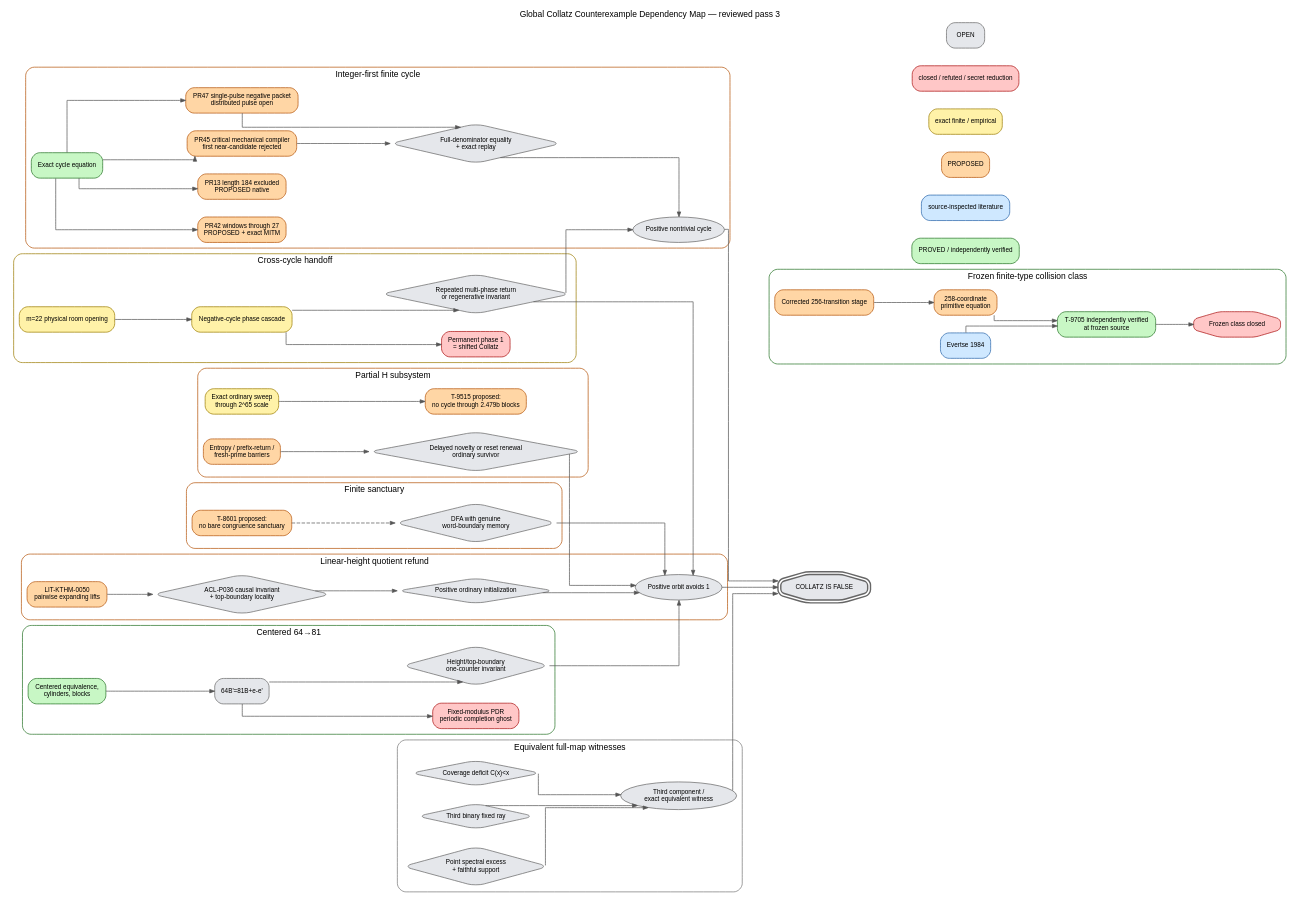
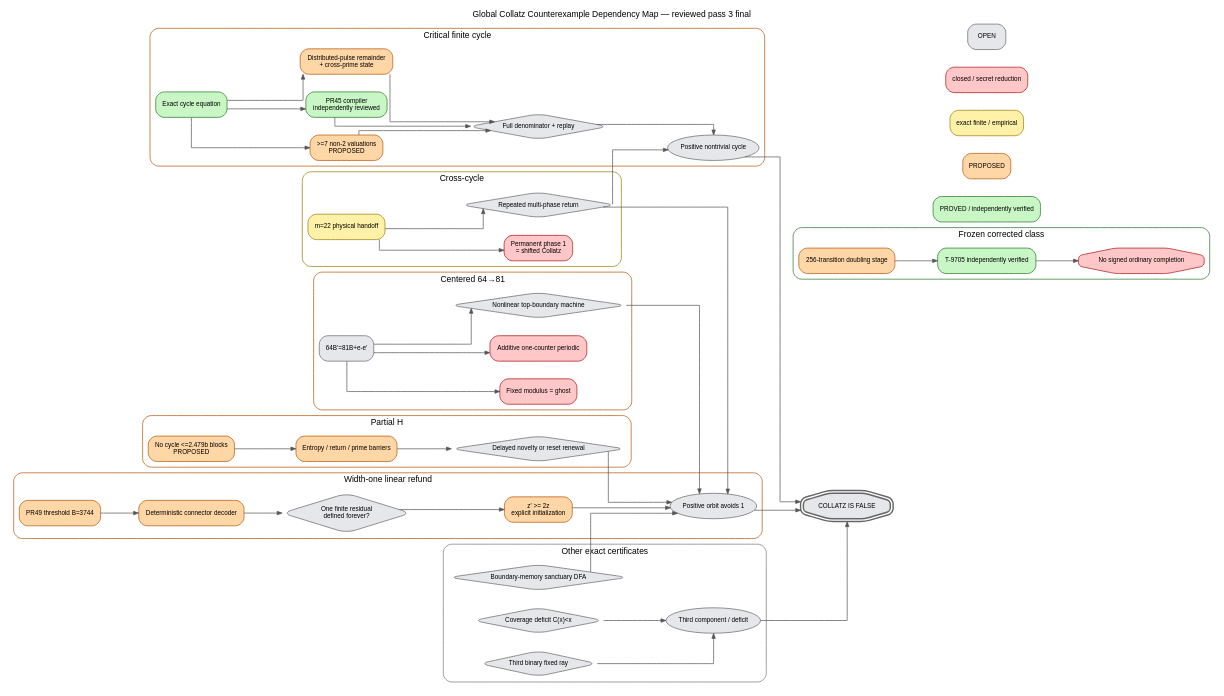
One commit to GettysburgResearch/collatz changed the diagram in docs/global-counterexample-map.dot. Above: the diagram before and after it, drawn with Graphviz.

Commit message:
docs: refresh Graphviz map with PR49 decoder

```diff
--- a/docs/global-counterexample-map.dot
+++ b/docs/global-counterexample-map.dot
@@ -1,108 +1,81 @@
 digraph CollatzMap {
   graph [rankdir=LR, bgcolor="white", fontname="Arial", fontsize=12, labelloc="t",
-         label="Global Collatz Counterexample Dependency Map — reviewed pass 3",
+         label="Global Collatz Counterexample Dependency Map — reviewed pass 3 final",
          nodesep=0.35, ranksep=0.75, compound=true, splines=ortho];
   node [shape=box, style="rounded,filled", fontname="Arial", fontsize=9, margin="0.11,0.06",
         color="#666666", fillcolor="#e5e7eb"];
   edge [fontname="Arial", fontsize=8, color="#555555", arrowsize=0.7];
 
   false [label="COLLATZ IS FALSE", shape=doubleoctagon, penwidth=2];
   cycle [label="Positive nontrivial cycle", shape=oval];
   div [label="Positive orbit avoids 1", shape=oval];
-  third [label="Third component /\nexact equivalent witness", shape=oval];
-  cycle -> false;
-  div -> false;
-  third -> false;
+  third [label="Third component / deficit", shape=oval];
+  cycle -> false; div -> false; third -> false;
 
   subgraph cluster_cycle {
-    label="Integer-first finite cycle"; color="#b45309"; style="rounded";
+    label="Critical finite cycle"; color="#b45309"; style="rounded";
     ceq [label="Exact cycle equation", fillcolor="#c8f7c5", color="#267326"];
-    w27 [label="PR42 windows through 27\nPROPOSED + exact MITM", fillcolor="#ffd6a5", color="#b45309"];
-    k184 [label="PR13 length 184 excluded\nPROPOSED native", fillcolor="#ffd6a5", color="#b45309"];
-    crit [label="PR45 critical mechanical compiler\nfirst near-candidate rejected", fillcolor="#ffd6a5", color="#b45309"];
-    pulse [label="PR47 single-pulse negative packet\ndistributed pulse open", fillcolor="#ffd6a5", color="#b45309"];
-    full [label="Full-denominator equality\n+ exact replay", shape=diamond];
-    ceq -> w27;
-    ceq -> k184;
-    ceq -> crit -> full;
-    ceq -> pulse -> full;
-    full -> cycle;
+    support [label=">=7 non-2 valuations\nPROPOSED", fillcolor="#ffd6a5", color="#b45309"];
+    mech [label="PR45 compiler\nindependently reviewed", fillcolor="#c8f7c5", color="#267326"];
+    pulse [label="Distributed-pulse remainder\n+ cross-prime state", fillcolor="#ffd6a5", color="#b45309"];
+    full [label="Full denominator + replay", shape=diamond];
+    ceq -> support -> full; ceq -> mech -> full; ceq -> pulse -> full -> cycle;
   }
 
   subgraph cluster_frozen {
-    label="Frozen finite-type collision class"; color="#267326"; style="rounded";
-    stage [label="Corrected 256-transition stage", fillcolor="#ffd6a5", color="#b45309"];
-    eq258 [label="258-coordinate\nprimitive equation", fillcolor="#ffd6a5", color="#b45309"];
-    ev [label="Evertse 1984", fillcolor="#cfe8ff", color="#2563a8"];
-    t9705 [label="T-9705 independently verified\nat frozen source", fillcolor="#c8f7c5", color="#267326"];
-    fclosed [label="Frozen class closed", shape=octagon, fillcolor="#ffc7c7", color="#aa1111"];
-    stage -> eq258 -> t9705 -> fclosed;
-    ev -> t9705;
+    label="Frozen corrected class"; color="#267326"; style="rounded";
+    stage [label="256-transition doubling stage", fillcolor="#ffd6a5", color="#b45309"];
+    t9705 [label="T-9705 independently verified", fillcolor="#c8f7c5", color="#267326"];
+    closed [label="No signed ordinary completion", fillcolor="#ffc7c7", color="#aa1111", shape=octagon];
+    stage -> t9705 -> closed;
   }
 
   subgraph cluster_refund {
-    label="Linear-height quotient refund"; color="#b45309"; style="rounded";
-    l0050 [label="LIT-KTHM-0050\npairwise expanding lifts", fillcolor="#ffd6a5", color="#b45309"];
-    causal [label="ACL-P036 causal invariant\n+ top-boundary locality", shape=diamond];
-    init [label="Positive ordinary initialization", shape=diamond];
-    l0050 -> causal -> init -> div;
+    label="Width-one linear refund"; color="#b45309"; style="rounded";
+    w1 [label="PR49 threshold B=3744", fillcolor="#ffd6a5", color="#b45309"];
+    dec [label="Deterministic connector decoder", fillcolor="#ffd6a5", color="#b45309"];
+    def [label="One finite residual\ndefined forever?", shape=diamond];
+    grow [label="z' >= 2z\nexplicit initialization", fillcolor="#ffd6a5", color="#b45309"];
+    w1 -> dec -> def -> grow -> div;
   }
 
   subgraph cluster_center {
-    label="Centered 64→81"; color="#267326"; style="rounded";
-    native [label="Centered equivalence,\ncylinders, blocks", fillcolor="#c8f7c5", color="#267326"];
+    label="Centered 64→81"; color="#b45309"; style="rounded";
     zero [label="64B'=81B+e-e'"];
-    ghost [label="Fixed-modulus PDR\nperiodic completion ghost", fillcolor="#ffc7c7", color="#aa1111"];
-    top [label="Height/top-boundary\none-counter invariant", shape=diamond];
-    native -> zero;
-    zero -> ghost;
-    zero -> top -> div;
+    ghost [label="Fixed modulus = ghost", fillcolor="#ffc7c7", color="#aa1111"];
+    add [label="Additive one-counter periodic", fillcolor="#ffc7c7", color="#aa1111"];
+    top [label="Nonlinear top-boundary machine", shape=diamond];
+    zero -> ghost; zero -> add; zero -> top -> div;
   }
 
   subgraph cluster_cross {
-    label="Cross-cycle handoff"; color="#9a7b00"; style="rounded";
-    cell [label="m=22 physical room opening", fillcolor="#fff2a8", color="#9a7b00"];
-    cascade [label="Negative-cycle phase cascade", fillcolor="#fff2a8", color="#9a7b00"];
-    phase1 [label="Permanent phase 1\n= shifted Collatz", fillcolor="#ffc7c7", color="#aa1111"];
-    multi [label="Repeated multi-phase return\nor regenerative invariant", shape=diamond];
-    cell -> cascade -> phase1;
-    cascade -> multi -> div;
-    multi -> cycle;
+    label="Cross-cycle"; color="#9a7b00"; style="rounded";
+    cell [label="m=22 physical handoff", fillcolor="#fff2a8", color="#9a7b00"];
+    ph1 [label="Permanent phase 1\n= shifted Collatz", fillcolor="#ffc7c7", color="#aa1111"];
+    multi [label="Repeated multi-phase return", shape=diamond];
+    cell -> ph1; cell -> multi -> div; multi -> cycle;
   }
 
   subgraph cluster_h {
-    label="Partial H subsystem"; color="#b45309"; style="rounded";
-    hsearch [label="Exact ordinary sweep\nthrough 2^65 scale", fillcolor="#fff2a8", color="#9a7b00"];
-    hcycle [label="T-9515 proposed:\nno cycle through 2.479b blocks", fillcolor="#ffd6a5", color="#b45309"];
-    hbarr [label="Entropy / prefix-return /\nfresh-prime barriers", fillcolor="#ffd6a5", color="#b45309"];
-    hwit [label="Delayed novelty or reset renewal\nordinary survivor", shape=diamond];
-    hsearch -> hcycle;
-    hbarr -> hwit -> div;
+    label="Partial H"; color="#b45309"; style="rounded";
+    hc [label="No cycle <=2.479b blocks\nPROPOSED", fillcolor="#ffd6a5", color="#b45309"];
+    hb [label="Entropy / return / prime barriers", fillcolor="#ffd6a5", color="#b45309"];
+    hw [label="Delayed novelty or reset renewal", shape=diamond];
+    hc -> hb -> hw -> div;
   }
 
-  subgraph cluster_san {
-    label="Finite sanctuary"; color="#b45309"; style="rounded";
-    bare [label="T-8601 proposed:\nno bare congruence sanctuary", fillcolor="#ffd6a5", color="#b45309"];
-    dfa [label="DFA with genuine\nword-boundary memory", shape=diamond];
-    bare -> dfa [style=dashed];
-    dfa -> div;
-  }
-
-  subgraph cluster_eqv {
-    label="Equivalent full-map witnesses"; color="#777777"; style="rounded";
+  subgraph cluster_other {
+    label="Other exact certificates"; color="#777777"; style="rounded";
+    dfa [label="Boundary-memory sanctuary DFA", shape=diamond];
     cover [label="Coverage deficit C(x)<x", shape=diamond];
     cone [label="Third binary fixed ray", shape=diamond];
-    spec [label="Point spectral excess\n+ faithful support", shape=diamond];
-    cover -> third;
-    cone -> third;
-    spec -> third;
+    dfa -> div; cover -> third; cone -> third;
   }
 
   legend_p [label="PROVED / independently verified", fillcolor="#c8f7c5", color="#267326"];
-  legend_l [label="source-inspected literature", fillcolor="#cfe8ff", color="#2563a8"];
   legend_o [label="PROPOSED", fillcolor="#ffd6a5", color="#b45309"];
   legend_e [label="exact finite / empirical", fillcolor="#fff2a8", color="#9a7b00"];
-  legend_r [label="closed / refuted / secret reduction", fillcolor="#ffc7c7", color="#aa1111"];
+  legend_r [label="closed / secret reduction", fillcolor="#ffc7c7", color="#aa1111"];
   legend_q [label="OPEN", fillcolor="#e5e7eb", color="#666666"];
-  {rank=sink; legend_p; legend_l; legend_o; legend_e; legend_r; legend_q;}
+  {rank=sink; legend_p; legend_o; legend_e; legend_r; legend_q;}
 }
```
